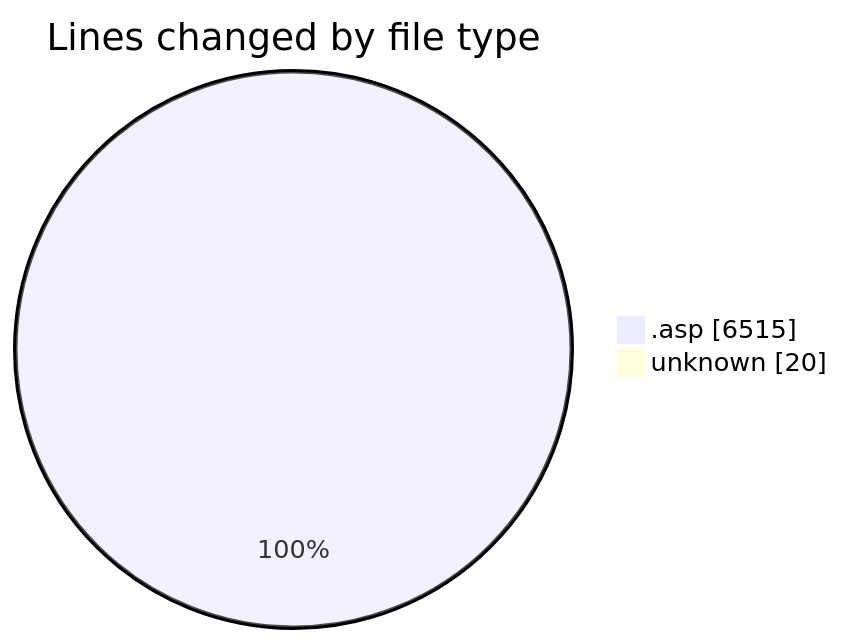
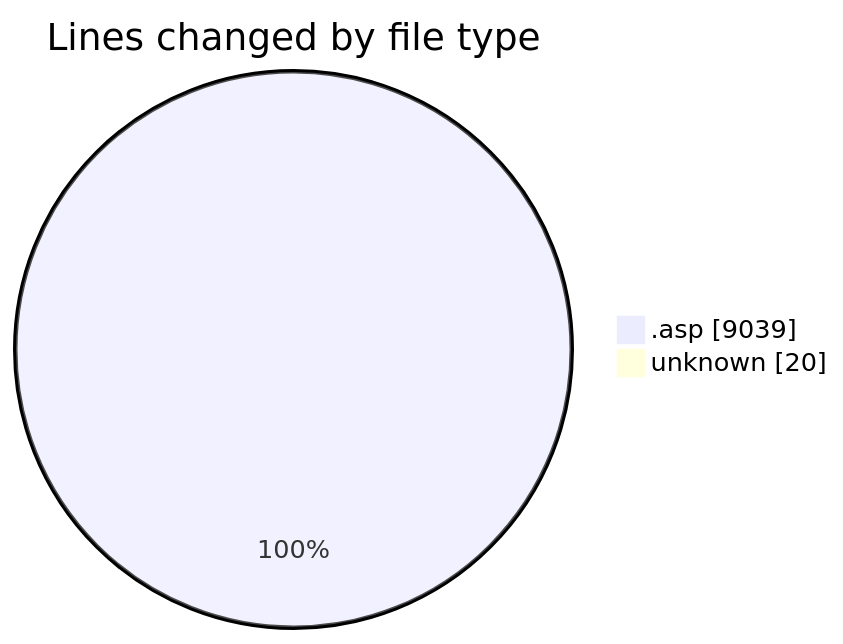
One commit to julien-gomy/code-tracking changed the first of 2 diagrams in 2025-10-27/cdp_aleoudev_fr__workspace_/README.md. Above: the diagram before and after it, drawn with Mermaid. The commit also changed other lines of this file and 1 other file, not shown here.

````diff
--- a/2025-10-27/cdp_aleoudev_fr__workspace_/README.md
+++ b/2025-10-27/cdp_aleoudev_fr__workspace_/README.md
@@ -28,6 +30,6 @@
 ```mermaid
 pie showData
 title Lines changed by file type
-".asp" : 6515
+".asp" : 9039
 "unknown" : 20
 ```
````
